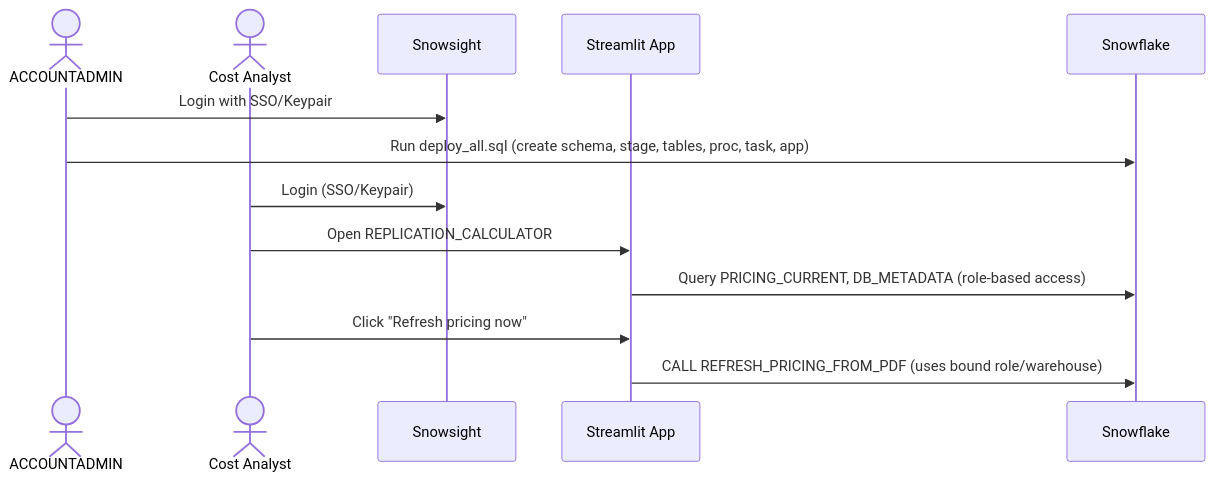
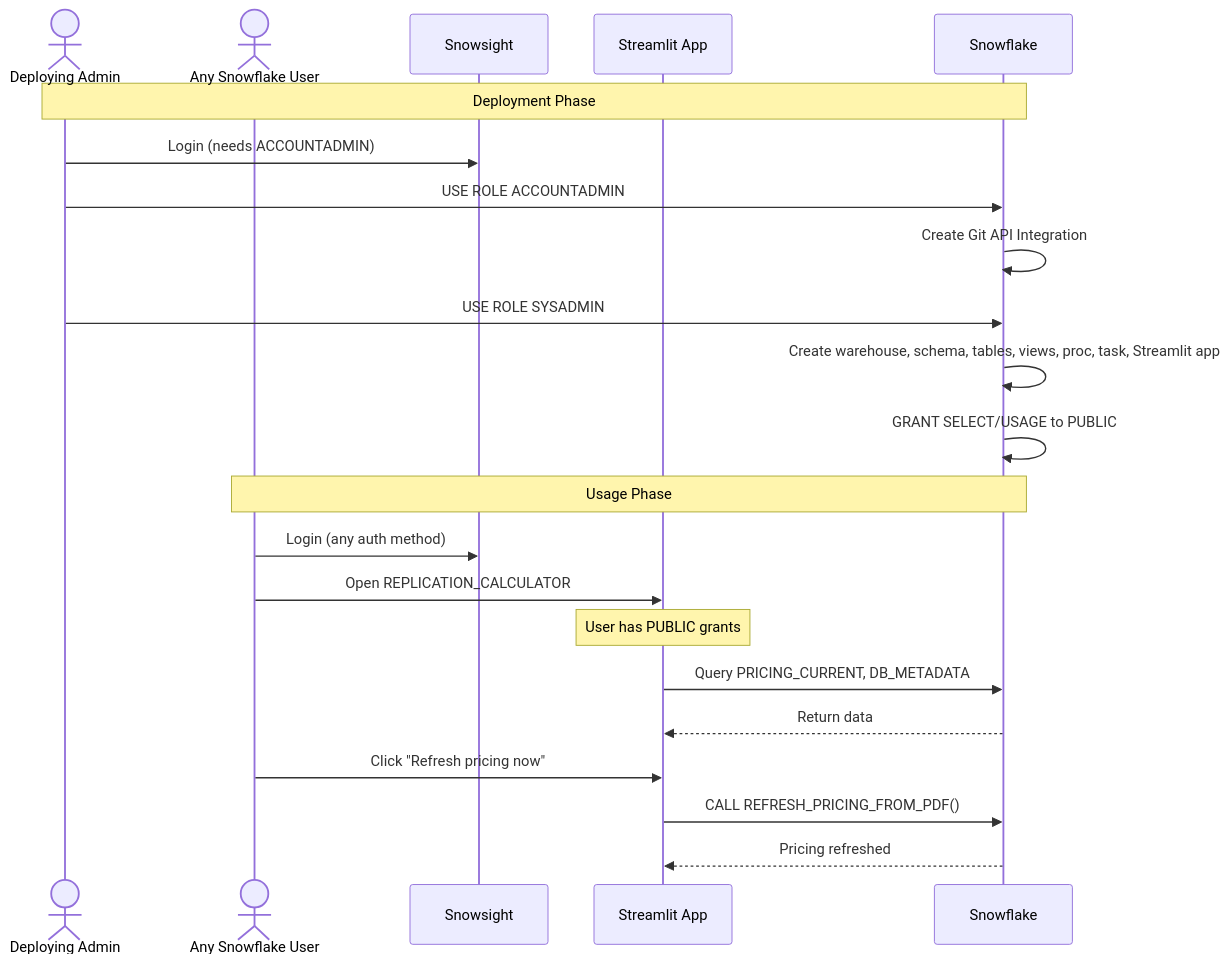
The diagram in diagrams/auth-flow.md (sfc-gh-miwhitaker/replicatethis), drawn with Mermaid before and after one commit. The commit also changed other lines of this file and 18 other files, not shown here.

First line of the commit message:
feat: enhance deployment process and documentation for replication cost calculator

````diff
--- a/diagrams/auth-flow.md
+++ b/diagrams/auth-flow.md
@@ -14,16 +14,26 @@
 ```mermaid
 sequenceDiagram
-  actor Admin as ACCOUNTADMIN
-  actor User as Cost Analyst
+  actor Admin as Deploying Admin
+  actor User as Any Snowflake User
   participant Snowsight
   participant Streamlit as Streamlit App
   participant SF as Snowflake
 
-  Admin->>Snowsight: Login with SSO/Keypair
-  Admin->>SF: Run deploy_all.sql (create schema, stage, tables, proc, task, app)
-  User->>Snowsight: Login (SSO/Keypair)
+  Note over Admin,SF: Deployment Phase
+  Admin->>Snowsight: Login (needs ACCOUNTADMIN)
+  Admin->>SF: USE ROLE ACCOUNTADMIN
+  SF->>SF: Create Git API Integration
+  Admin->>SF: USE ROLE SYSADMIN
+  SF->>SF: Create warehouse, schema, tables, views, proc, task, Streamlit app
+  SF->>SF: GRANT SELECT/USAGE to PUBLIC
+
+  Note over User,SF: Usage Phase
+  User->>Snowsight: Login (any auth method)
   User->>Streamlit: Open REPLICATION_CALCULATOR
-  Streamlit->>SF: Query PRICING_CURRENT, DB_METADATA (role-based access)
+  Note over Streamlit: User has PUBLIC grants
+  Streamlit->>SF: Query PRICING_CURRENT, DB_METADATA
+  SF-->>Streamlit: Return data
   User->>Streamlit: Click "Refresh pricing now"
-  Streamlit->>SF: CALL REFRESH_PRICING_FROM_PDF (uses bound role/warehouse)
+  Streamlit->>SF: CALL REFRESH_PRICING_FROM_PDF()
+  SF-->>Streamlit: Pricing refreshed
 ```
````
